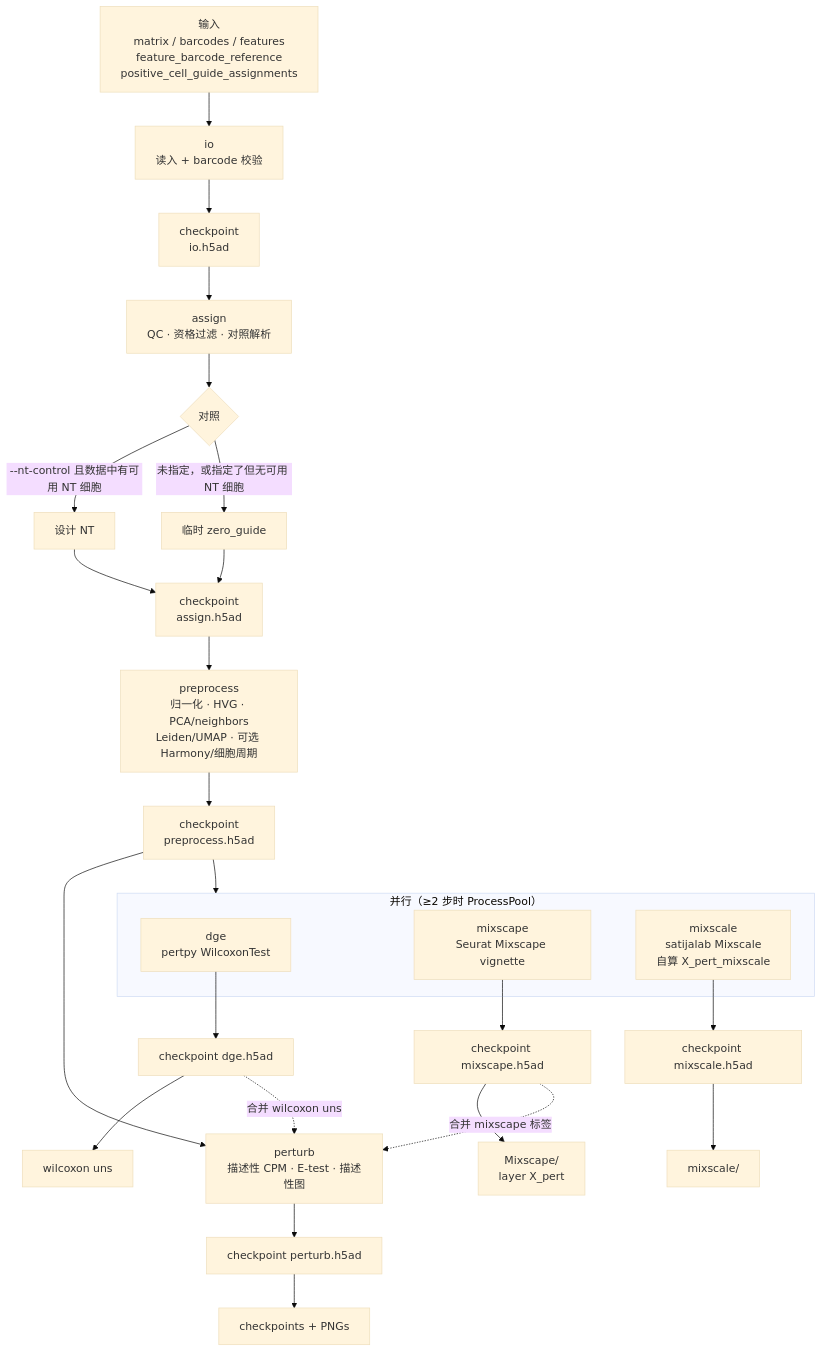
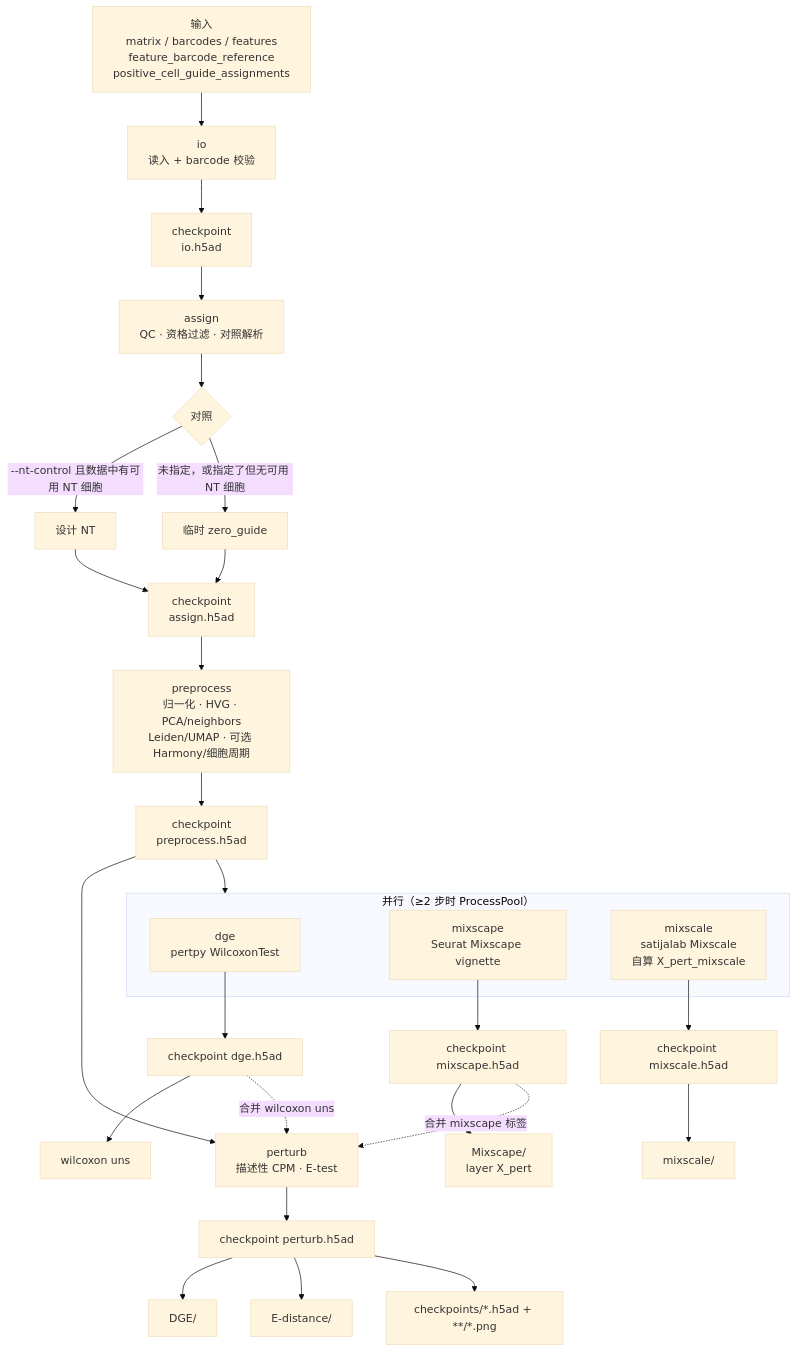
Before and after one commit to bio-apple/Perturb-seq: the diagram in docs/analysis.md, drawn with Mermaid (base theme). The commit also changed other lines of this file and 7 other files, not shown here.

````diff
--- a/docs/analysis.md
+++ b/docs/analysis.md
@@ -37,36 +37,38 @@
 ```mermaid
 flowchart TD
   IN["输入<br/>matrix / barcodes / features<br/>feature_barcode_reference<br/>positive_cell_guide_assignments"] --> IO
 
   IO["io<br/>读入 + barcode 校验"] --> CP_IO["checkpoint<br/>io.h5ad"]
   CP_IO --> ASG
 
   ASG["assign<br/>QC · 资格过滤 · 对照解析"] --> CTRL{"对照"}
   CTRL -->|"--nt-control 且数据中有可用 NT 细胞"| NT["设计 NT"]
   CTRL -->|"未指定，或指定了但无可用 NT 细胞"| ZG["临时 zero_guide"]
   NT --> CP_ASG
   ZG --> CP_ASG["checkpoint<br/>assign.h5ad"]
   CP_ASG --> PRE
 
   PRE["preprocess<br/>归一化 · HVG · PCA/neighbors<br/>Leiden/UMAP · 可选 Harmony/细胞周期"] --> CP_PRE["checkpoint<br/>preprocess.h5ad"]
   CP_PRE --> PAR
 
   subgraph PAR["并行（≥2 步时 ProcessPool）"]
     DGE["dge<br/>pertpy WilcoxonTest"]
     MX["mixscape<br/>Seurat Mixscape vignette"]
     MS["mixscale<br/>satijalab Mixscale<br/>自算 X_pert_mixscale"]
   end
 
   DGE --> CP_DGE["checkpoint dge.h5ad"]
   CP_DGE --> OUT_W["wilcoxon uns"]
   MX --> CP_MX["checkpoint mixscape.h5ad"]
   CP_MX --> OUT_MX["Mixscape/<br/>layer X_pert"]
   MS --> CP_MS["checkpoint mixscale.h5ad"]
   CP_MS --> OUT_MS["mixscale/"]
 
   CP_PRE --> PT
   CP_MX -.->|"合并 mixscape 标签"| PT
   CP_DGE -.->|"合并 wilcoxon uns"| PT
-  PT["perturb<br/>描述性 CPM · E-test · 描述性图"] --> CP_PT["checkpoint perturb.h5ad"]
-  CP_PT --> OUT["checkpoints + PNGs"]
+  PT["perturb<br/>描述性 CPM · E-test"] --> CP_PT["checkpoint perturb.h5ad"]
+  CP_PT --> OUT_DGE["DGE/"]
+  CP_PT --> OUT_ED["E-distance/"]
+  CP_PT --> OUT["checkpoints/*.h5ad + **/*.png"]
 ```
````
